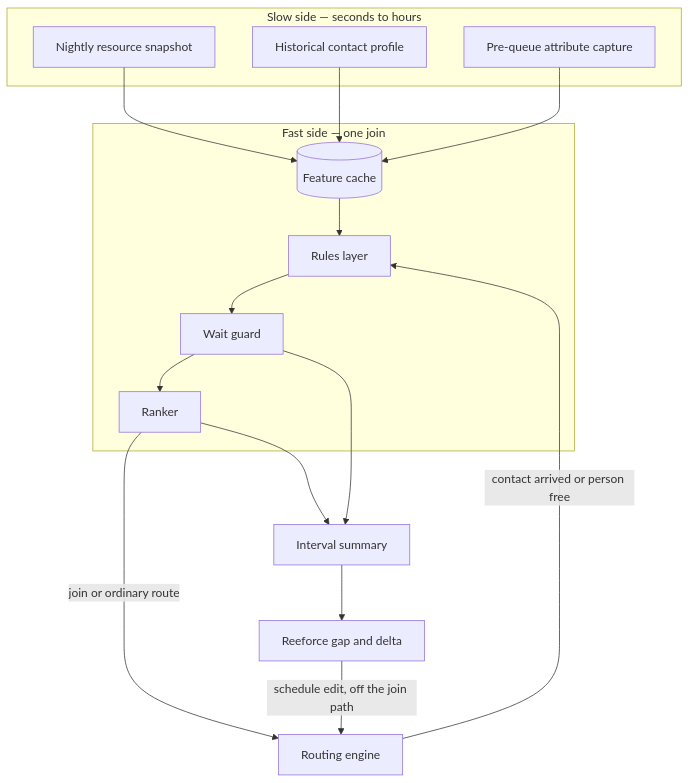
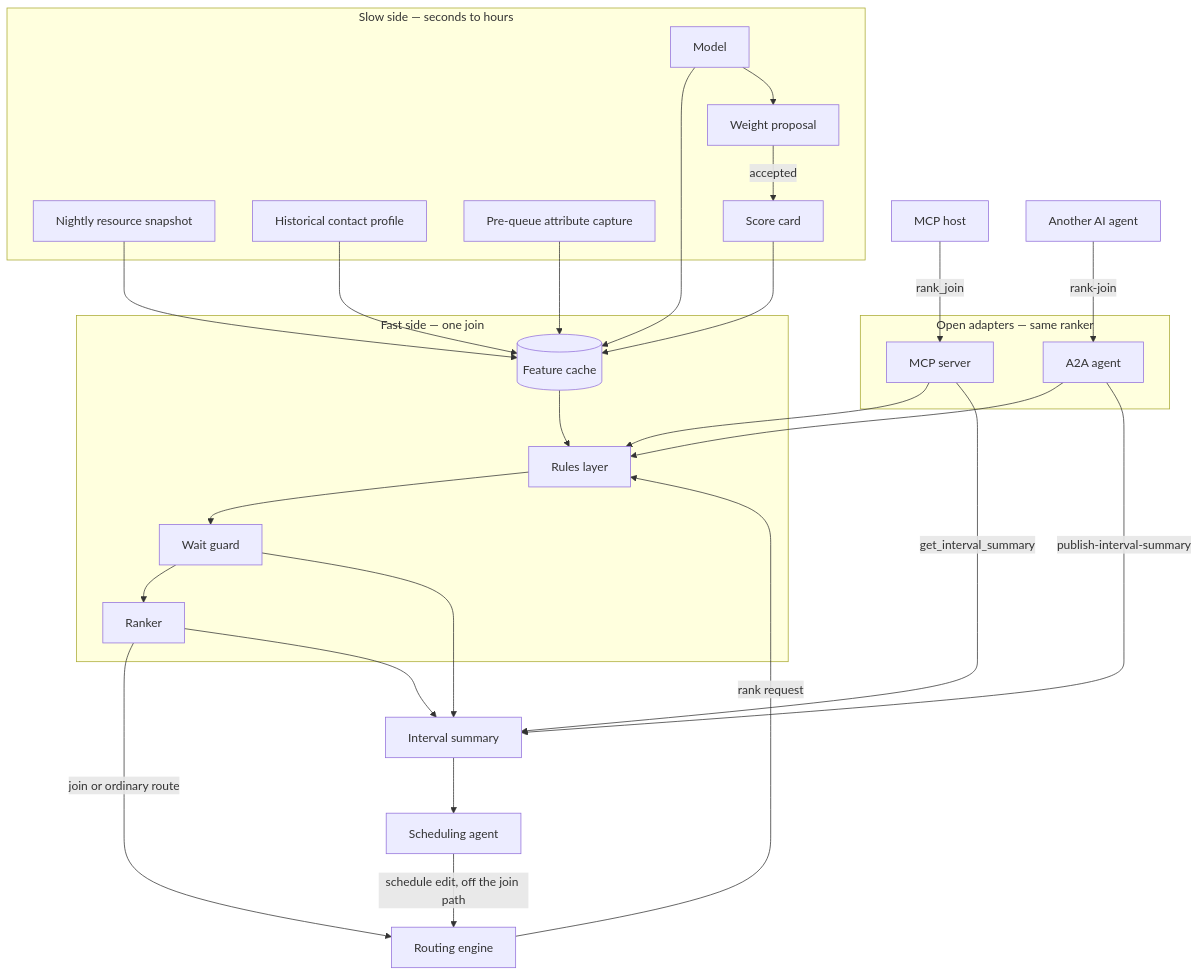
Before and after one commit to vikas-prasad-cx/pairgate: the first of 8 diagrams in docs/architecture.md, drawn with Mermaid. The commit also changed other lines of this file and 1 other file, not shown here.

First line of the commit message:
docs: show MCP, Agent2Agent, and the model on the architecture

````diff
--- a/docs/architecture.md
+++ b/docs/architecture.md
@@ -9,31 +11,52 @@
 ```mermaid
 flowchart TB
   subgraph slow["Slow side — seconds to hours"]
     Night[Nightly resource snapshot]
     Hist[Historical contact profile]
     Path[Pre-queue attribute capture]
+    Model[Model]
+    Proposal[Weight proposal]
+    Card[Score card]
   end
 
   subgraph fast["Fast side — one join"]
     Cache[(Feature cache)]
     Rules[Rules layer]
     Rank[Ranker]
     Guard[Wait guard]
   end
 
+  subgraph adapters["Open adapters — same ranker"]
+    MCP[MCP server]
+    A2A[A2A agent]
+  end
+
   Router[Routing engine]
-  Reeforce[Reeforce gap and delta]
+  Host[MCP host]
+  Agent[Another AI agent]
+  Reeforce[Scheduling agent]
 
   Night --> Cache
   Hist --> Cache
   Path --> Cache
-  Router -->|contact arrived or person free| Rules
+  Model --> Cache
+  Model --> Proposal
+  Proposal -->|accepted| Card
+  Card --> Cache
+
+  Router -->|rank request| Rules
+  Host -->|rank_join| MCP
+  Agent -->|rank-join| A2A
+  MCP --> Rules
+  A2A --> Rules
   Cache --> Rules
   Rules --> Guard
   Guard --> Rank
   Rank -->|join or ordinary route| Router
   Rank --> Summary[Interval summary]
   Guard --> Summary
   Summary --> Reeforce
+  MCP -->|get_interval_summary| Summary
+  A2A -->|publish-interval-summary| Summary
   Reeforce -->|schedule edit, off the join path| Router
 ```
````
